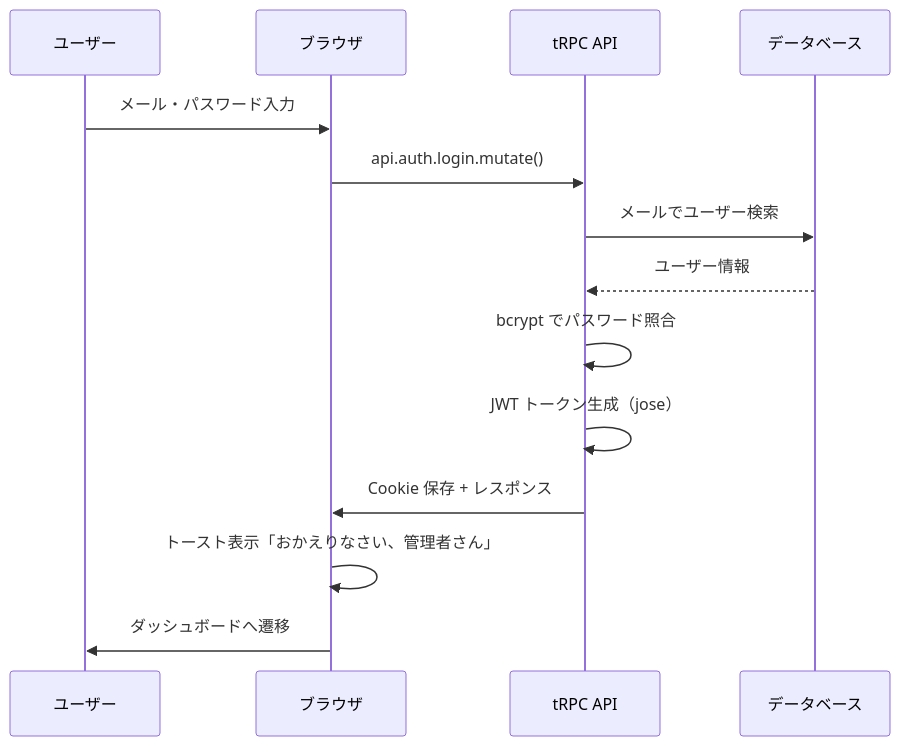
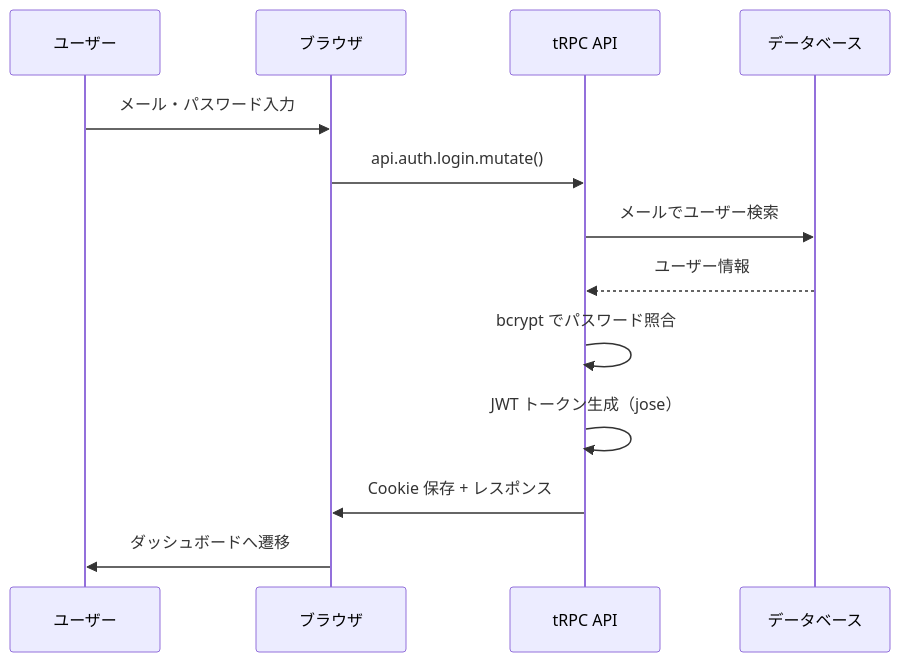
The first of 4 diagrams in material/30days-curriculum/day07_認証バックエンドを作ろう.md (kouiso/task-app), drawn with Mermaid before and after one commit. The commit also changed other lines of this file and 4 other files, not shown here.

````diff
--- a/material/30days-curriculum/day07_認証バックエンドを作ろう.md
+++ b/material/30days-curriculum/day07_認証バックエンドを作ろう.md
@@ -42,17 +42,16 @@
 ```mermaid
 sequenceDiagram
     participant U as ユーザー
     participant B as ブラウザ
     participant T as tRPC API
     participant D as データベース
 
     U->>B: メール・パスワード入力
     B->>T: api.auth.login.mutate()
     T->>D: メールでユーザー検索
     D-->>T: ユーザー情報
     T->>T: bcrypt でパスワード照合
     T->>T: JWT トークン生成（jose）
     T->>B: Cookie 保存 + レスポンス
-    B->>B: トースト表示「おかえりなさい、管理者さん」
     B->>U: ダッシュボードへ遷移
 ```
````
